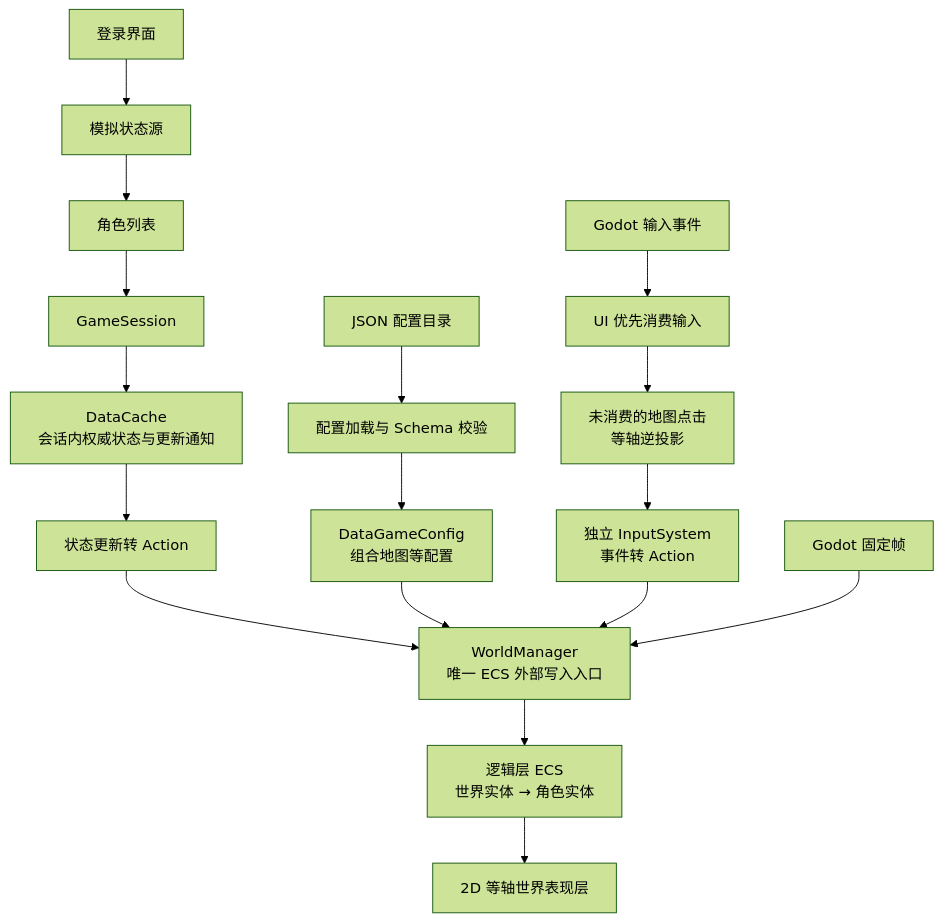
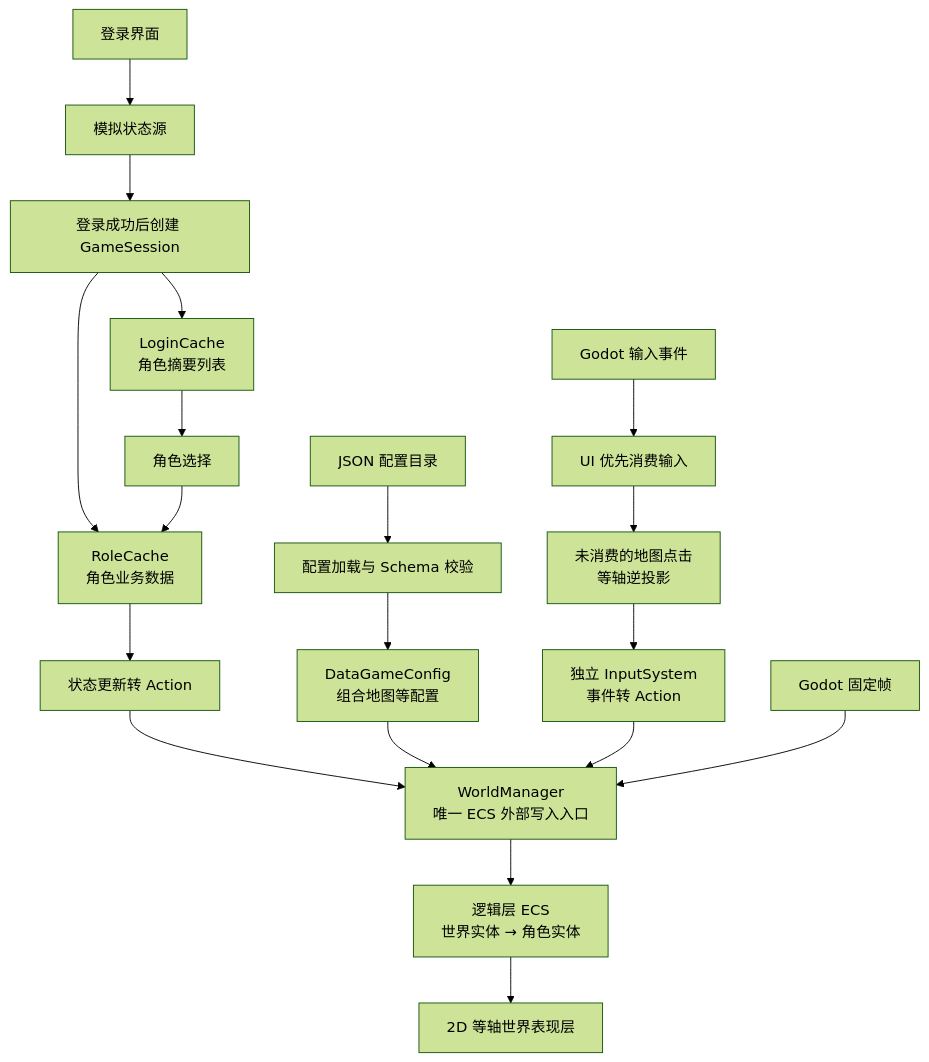
One commit to msew11/rpg changed the first of 2 diagrams in docs/plan-202610190201-client-architecture.md. Above: the diagram before and after it, drawn with Mermaid (forest theme). The commit also changed other lines of this file and 66 other files, not shown here.

````diff
--- a/docs/plan-202610190201-client-architecture.md
+++ b/docs/plan-202610190201-client-architecture.md
@@ -15,21 +15,23 @@
 ```mermaid
 flowchart TB
     Config["JSON 配置目录"] --> ConfigRepo["配置加载与 Schema 校验"]
     ConfigRepo --> GameConfig["DataGameConfig<br/>组合地图等配置"]
 
     LoginUI["登录界面"] --> Mock["模拟状态源"]
-    Mock --> Roles["角色列表"]
-    Roles --> Session["GameSession"]
-    Session --> Cache["DataCache<br/>会话内权威状态与更新通知"]
+    Mock --> Session["登录成功后创建 GameSession"]
+    Session --> LoginCache["LoginCache<br/>角色摘要列表"]
+    LoginCache --> Roles["角色选择"]
+    Session --> Cache["RoleCache<br/>角色业务数据"]
+    Roles --> Cache
     Cache --> Sync["状态更新转 Action"]
 
     GodotInput["Godot 输入事件"] --> UIRoute["UI 优先消费输入"]
     UIRoute --> Projection["未消费的地图点击<br/>等轴逆投影"]
     Projection --> InputSystem["独立 InputSystem<br/>事件转 Action"]
     Sync --> WorldManager["WorldManager<br/>唯一 ECS 外部写入入口"]
     GameConfig --> WorldManager
     InputSystem --> WorldManager
     GodotTick["Godot 固定帧"] --> WorldManager
     WorldManager --> ECS["逻辑层 ECS<br/>世界实体 → 角色实体"]
     ECS --> IsoView["2D 等轴世界表现层"]
 ```
````
